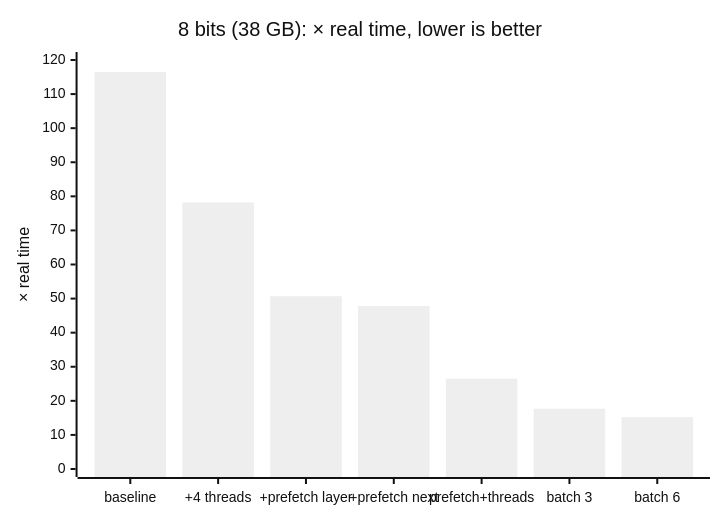
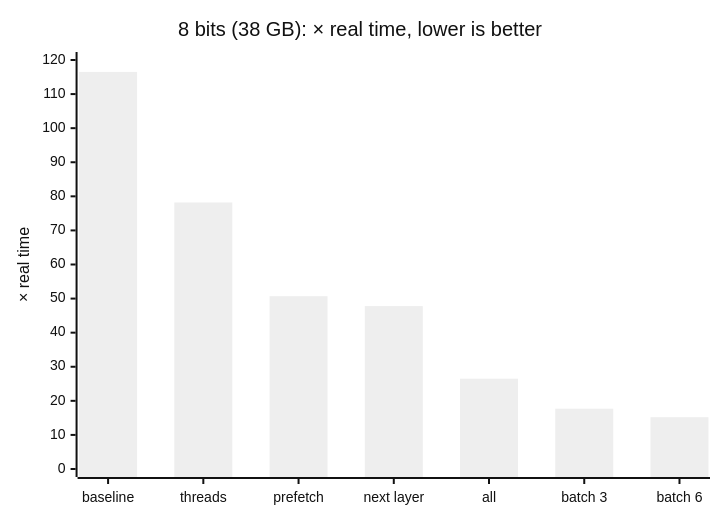
The second of 2 diagrams in README.md (SauloEdu/bigger-than-vram), drawn with Mermaid (neutral theme) before and after one commit. The commit also changed other lines of this file and 1 other file, not shown here.

Commit message:
docs: rótulos curtos no gráfico e no diagrama do README

````diff
--- a/README.md
+++ b/README.md
@@ -157,7 +157,7 @@
 ```mermaid
 xychart-beta
     title "8 bits (38 GB): × real time, lower is better"
-    x-axis ["baseline", "+4 threads", "+prefetch layer", "+prefetch next", "prefetch+threads", "batch 3", "batch 6"]
+    x-axis ["baseline", "threads", "prefetch", "next layer", "all", "batch 3", "batch 6"]
     y-axis "× real time" 0 --> 120
     bar [116.5, 78.2, 50.7, 47.8, 26.5, 17.7, 15.2]
 ```
````
